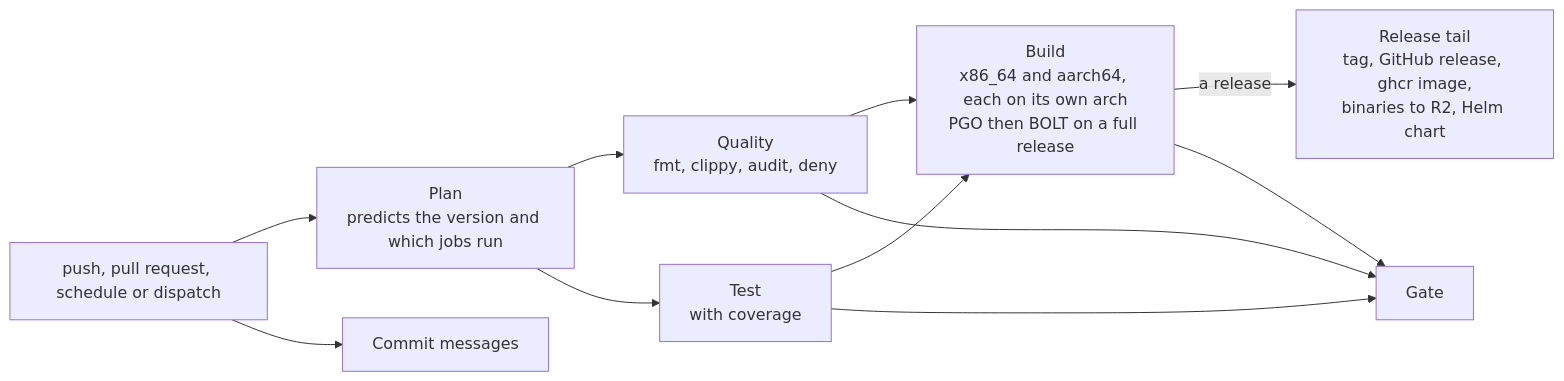
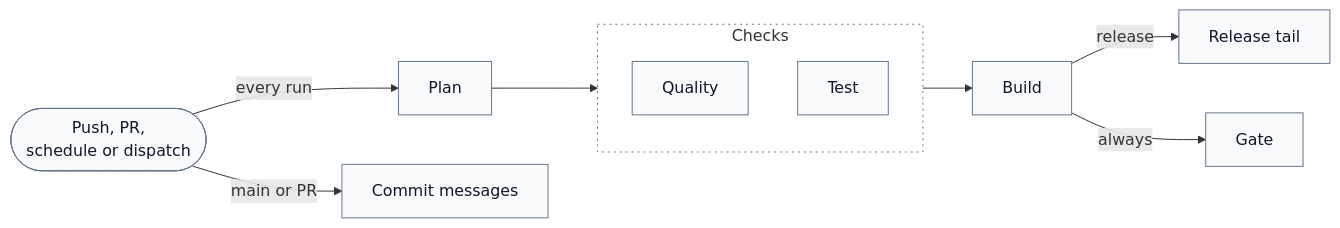
Before and after one commit to hyperi-io/dfe-archiver: the diagram in docs/design.md, drawn with Mermaid. The commit also changed other lines of this file and 12 other files, not shown here.

First line of the commit message:
docs(archiver): redraw diagrams to the standard and fix two claims

````diff
--- a/docs/design.md
+++ b/docs/design.md
@@ -34,13 +36,29 @@
 ```mermaid
 flowchart LR
-    E["push, pull request, schedule or dispatch"] --> P["Plan<br/>predicts the version and which jobs run"]
-    E --> CM["Commit messages"]
-    P --> Q["Quality<br/>fmt, clippy, audit, deny"]
-    P --> T["Test<br/>with coverage"]
-    Q --> B["Build<br/>x86_64 and aarch64, each on its own arch<br/>PGO then BOLT on a full release"]
-    T --> B
-    B -->|"a release"| RT["Release tail<br/>tag, GitHub release, ghcr image,<br/>binaries to R2, Helm chart"]
-    Q --> G["Gate"]
-    T --> G
-    B --> G
+    accTitle: L4 Detail -- CI pipeline
+    accDescr: Every trigger starts the plan, and a push to main or a pull request starts the commit message check. The plan starts quality and test, both feed the build, and the build feeds the release tail on a release and the gate on every run.
+
+    trigger(["Push, PR,<br/>schedule or dispatch"])
+    plan["Plan"]
+    commits["Commit messages"]
+
+    subgraph checks["Checks"]
+        quality["Quality"]
+        test["Test"]
+    end
+
+    build["Build"]
+    tail["Release tail"]
+    gate["Gate"]
+
+    trigger -->|every run| plan
+    trigger -->|main or PR| commits
+    plan --> checks
+    checks --> build
+    build -->|release| tail
+    build -->|always| gate
+
+    classDef default fill:#F8FAFC,stroke:#64748B,stroke-width:1px,color:#0F172A
+    classDef group fill:none,stroke:#64748B,stroke-width:1px,stroke-dasharray:2 4
+    class checks group
 ```
````
